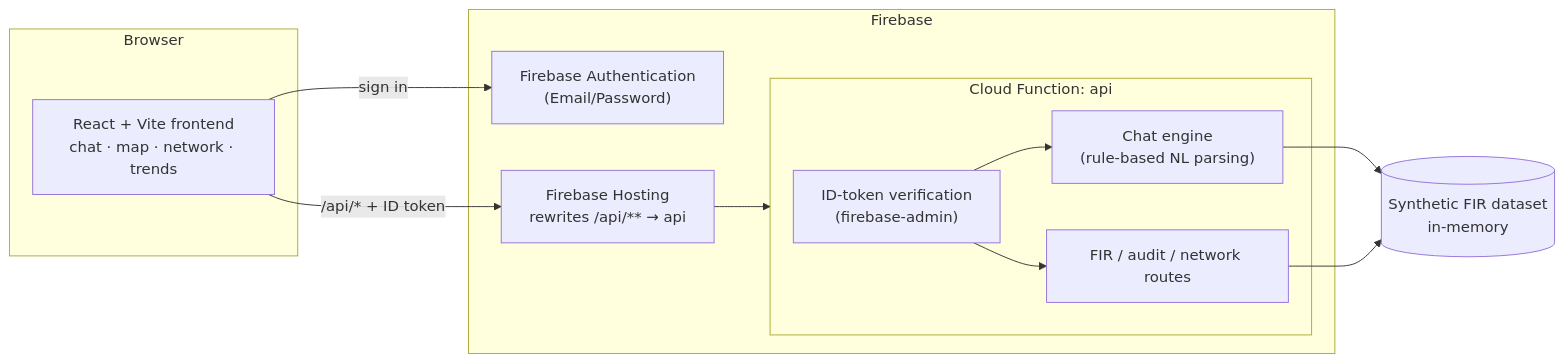
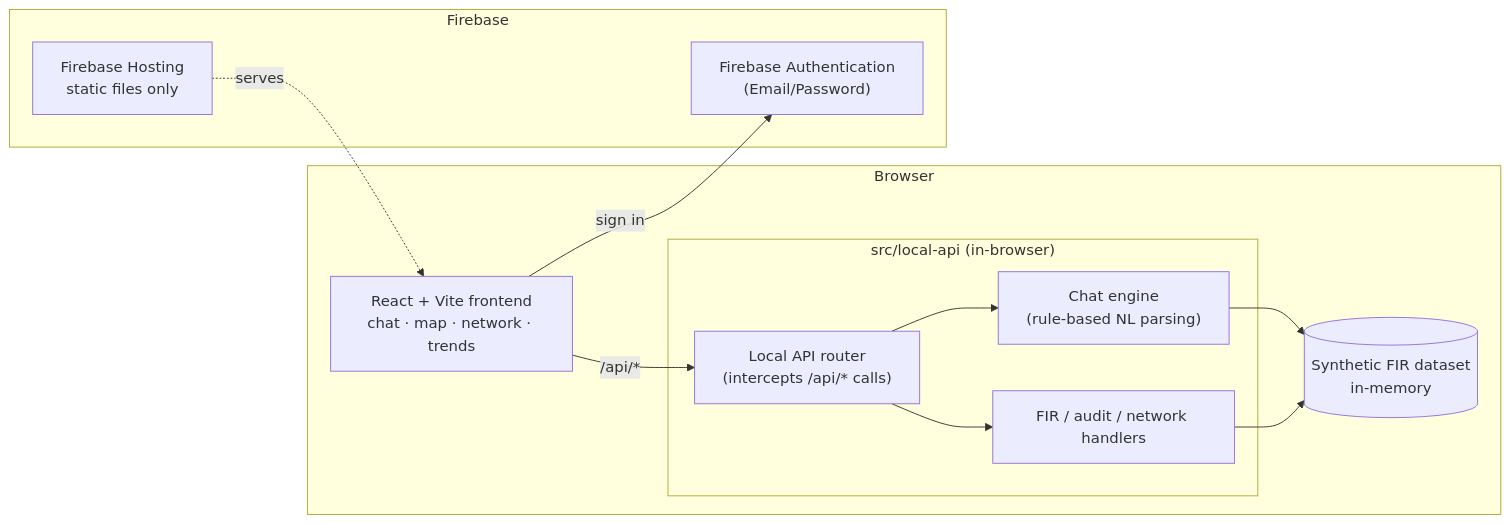
One commit to Naxt318/SCRB-Sanket changed the diagram in README.md. Above: the diagram before and after it, drawn with Mermaid. The commit also changed other lines of this file and 14 other files, not shown here.

````diff
--- a/README.md
+++ b/README.md
@@ -117,26 +117,25 @@
 ```mermaid
 flowchart LR
     subgraph Browser
         UI["React + Vite frontend<br/>chat · map · network · trends"]
+        subgraph Local["src/local-api (in-browser)"]
+            Router["Local API router<br/>(intercepts /api/* calls)"]
+            Chat["Chat engine<br/>(rule-based NL parsing)"]
+            Routes["FIR / audit / network handlers"]
+        end
+        Data[("Synthetic FIR dataset<br/>in-memory")]
     end
 
     subgraph Firebase
         Auth["Firebase Authentication<br/>(Email/Password)"]
-        subgraph Fn["Cloud Function: api"]
-            Verify["ID-token verification<br/>(firebase-admin)"]
-            Chat["Chat engine<br/>(rule-based NL parsing)"]
-            Routes["FIR / audit / network routes"]
-        end
-        Hosting["Firebase Hosting<br/>rewrites /api/** → api"]
+        Hosting["Firebase Hosting<br/>static files only"]
     end
 
-    Data[("Synthetic FIR dataset<br/>in-memory")]
-
     UI -->|"sign in"| Auth
-    UI -->|"/api/* + ID token"| Hosting
-    Hosting --> Fn
-    Verify --> Chat
-    Verify --> Routes
+    UI -->|"/api/*"| Router
+    Router --> Chat
+    Router --> Routes
     Chat --> Data
     Routes --> Data
+    Hosting -.->|"serves"| UI
 ```
````
